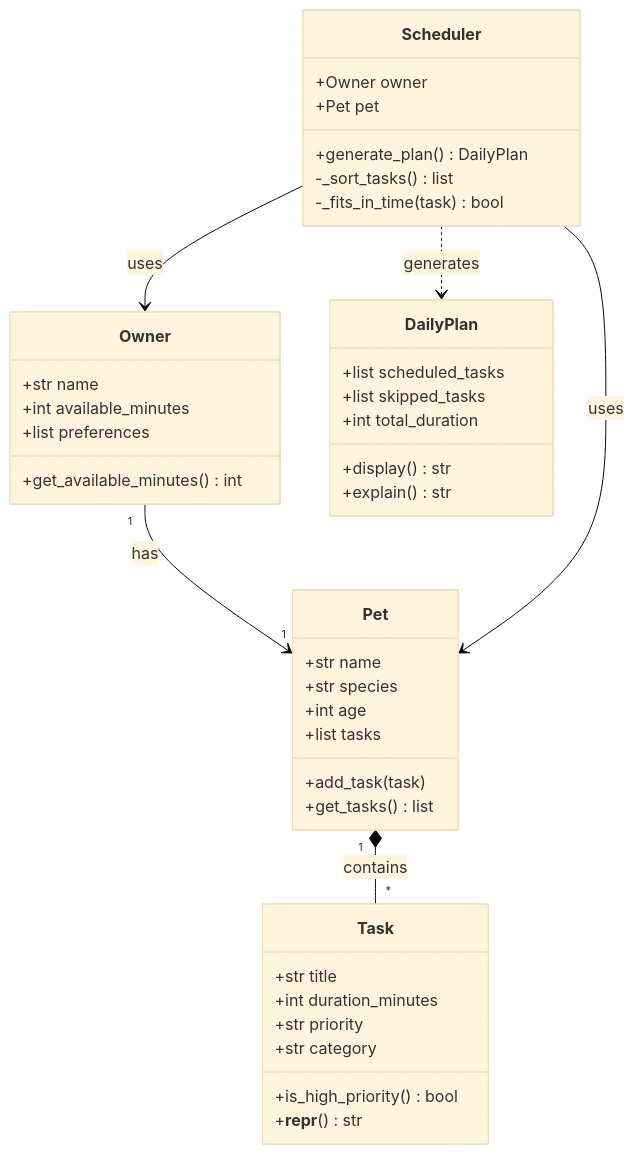
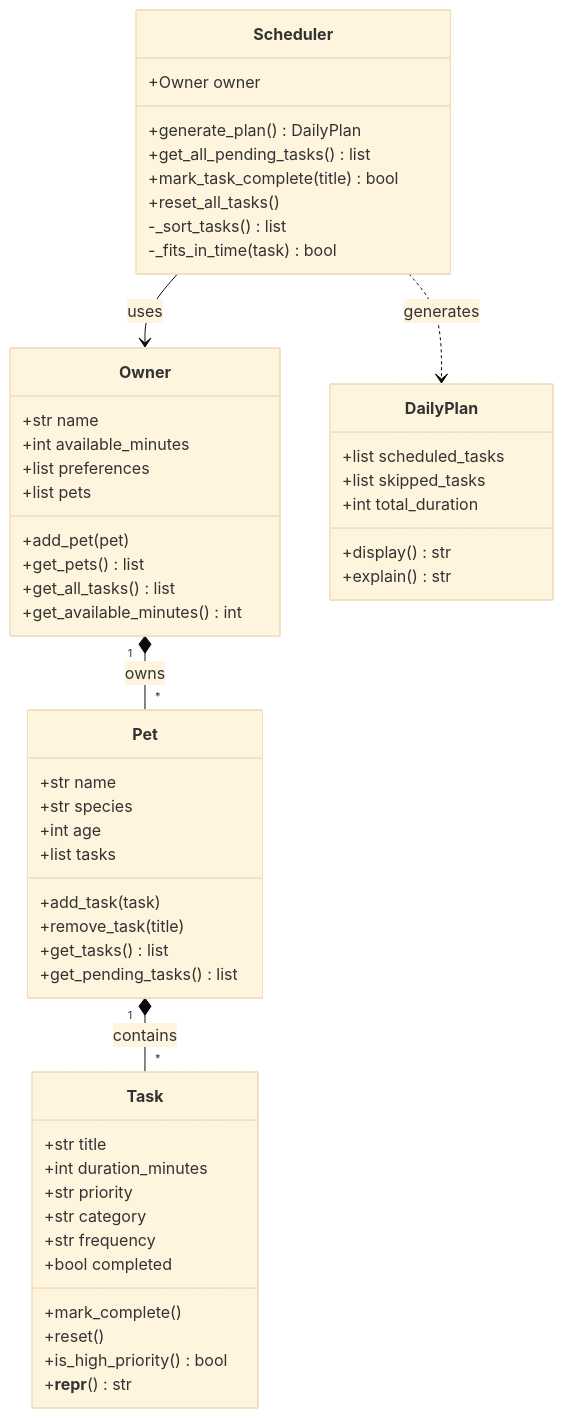
The diagram in reflection.md (michaelssim/pawpal), drawn with Mermaid (base theme) before and after one commit.

Commit message:
update the Mermaid diagram in reflection.md

````diff
--- a/reflection.md
+++ b/reflection.md
@@ -19,49 +19,60 @@
 ```mermaid
 classDiagram
     class Task {
         +str title
         +int duration_minutes
         +str priority
         +str category
+        +str frequency
+        +bool completed
+        +mark_complete()
+        +reset()
         +is_high_priority() bool
         +__repr__() str
     }
 
     class Pet {
         +str name
         +str species
         +int age
         +list tasks
         +add_task(task)
+        +remove_task(title)
         +get_tasks() list
+        +get_pending_tasks() list
     }
 
     class Owner {
         +str name
         +int available_minutes
         +list preferences
+        +list pets
+        +add_pet(pet)
+        +get_pets() list
+        +get_all_tasks() list
         +get_available_minutes() int
     }
 
     class Scheduler {
         +Owner owner
-        +Pet pet
         +generate_plan() DailyPlan
+        +get_all_pending_tasks() list
+        +mark_task_complete(title) bool
+        +reset_all_tasks()
         -_sort_tasks() list
         -_fits_in_time(task) bool
     }
 
     class DailyPlan {
         +list scheduled_tasks
         +list skipped_tasks
         +int total_duration
         +display() str
         +explain() str
     }
 
-    Owner "1" --> "1" Pet : has
+    Owner "1" *-- "*" Pet : owns
     Pet "1" *-- "*" Task : contains
     Scheduler --> Owner : uses
-    Scheduler --> Pet : uses
     Scheduler ..> DailyPlan : generates
 ```
````
